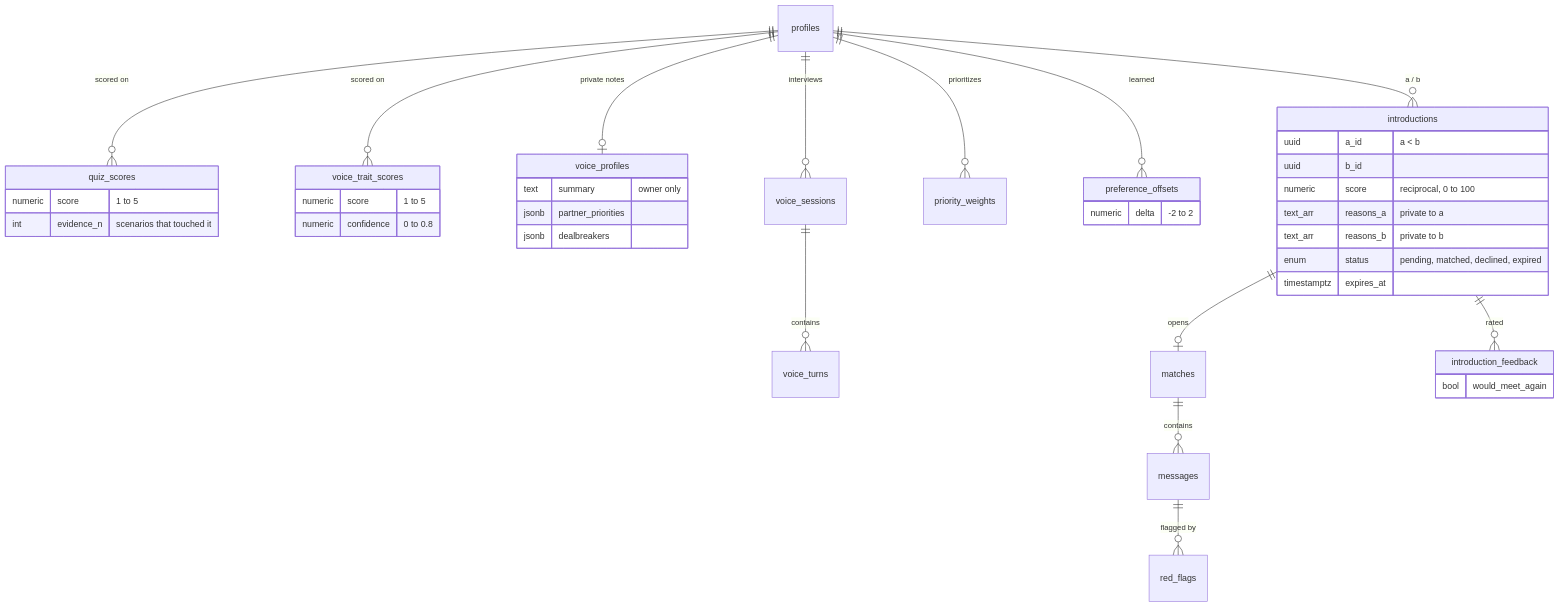
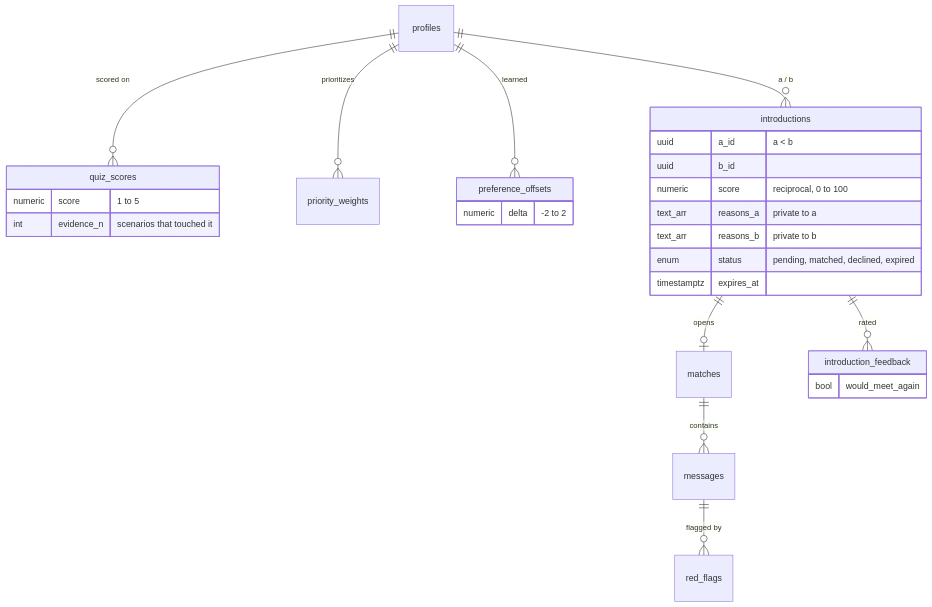
One commit to patilrajvardhan27/Manter changed the fifth of 5 diagrams in README.md. Above: the diagram before and after it, drawn with Mermaid. The commit also changed other lines of this file and 36 other files, not shown here.

````diff
--- a/README.md
+++ b/README.md
@@ -235,44 +192,31 @@
 ```mermaid
 erDiagram
     profiles ||--o{ quiz_scores : "scored on"
-    profiles ||--o{ voice_trait_scores : "scored on"
-    profiles ||--o| voice_profiles : "private notes"
-    profiles ||--o{ voice_sessions : interviews
-    voice_sessions ||--o{ voice_turns : contains
     profiles ||--o{ priority_weights : prioritizes
     profiles ||--o{ preference_offsets : "learned"
     profiles ||--o{ introductions : "a / b"
     introductions ||--o| matches : opens
     introductions ||--o{ introduction_feedback : rated
     matches ||--o{ messages : contains
     messages ||--o{ red_flags : "flagged by"
 
     quiz_scores {
         numeric score "1 to 5"
         int evidence_n "scenarios that touched it"
-    }
-    voice_trait_scores {
-        numeric score "1 to 5"
-        numeric confidence "0 to 0.8"
-    }
-    voice_profiles {
-        text summary "owner only"
-        jsonb partner_priorities
-        jsonb dealbreakers
     }
     introductions {
         uuid a_id "a < b"
         uuid b_id
         numeric score "reciprocal, 0 to 100"
         text_arr reasons_a "private to a"
         text_arr reasons_b "private to b"
         enum status "pending, matched, declined, expired"
         timestamptz expires_at
     }
     introduction_feedback {
         bool would_meet_again
     }
     preference_offsets {
         numeric delta "-2 to 2"
     }
 ```
````
